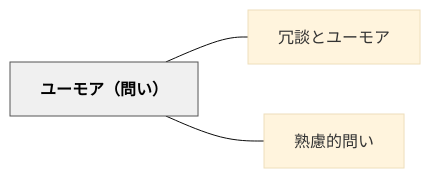
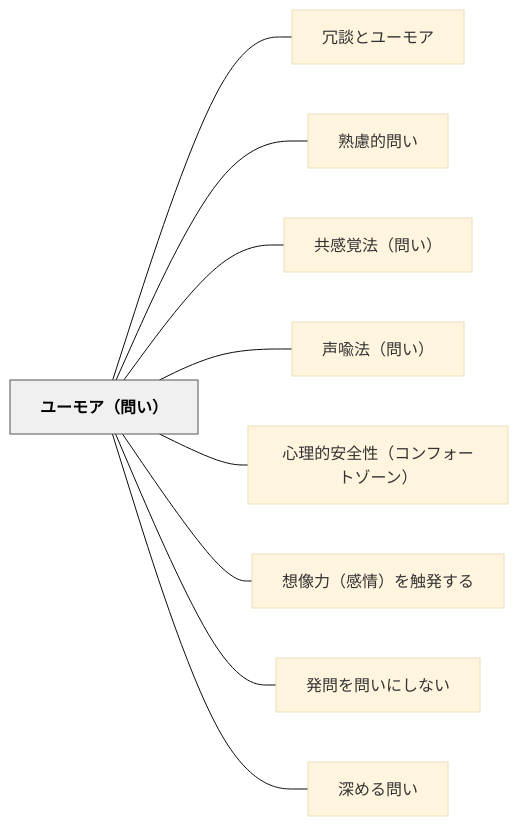
One commit to unknownthings-ed-patterns/unknownthings-ed-patterns changed the diagram in content/パタン/ユーモア（問い）.md. Above: the diagram before and after it, drawn with Mermaid (base theme). The commit also changed other lines of this file and 44 other files, not shown here.

````diff
--- a/content/パタン/ユーモア（問い）.md
+++ b/content/パタン/ユーモア（問い）.md
@@ -45,12 +50,24 @@
 ```mermaid
 flowchart LR
     ne383a6e383bce383a2e382a2efbc88e5958fe38184efbc89["ユーモア（問い）"]
     ne58697e8ab87e381a8e383a6e383bce383a2e382a2["冗談とユーモア"]
     ne7869fe685aee79a84e5958fe38184["熟慮的問い"]
+    ne585b1e6849fe8a69ae6b395efbc88e5958fe38184efbc89["共感覚法（問い）"]
+    ne5a3b0e596a9e6b395efbc88e5958fe38184efbc89["声喩法（問い）"]
+    ne5bf83e79086e79a84e5ae89e585a8e680a7efbc88e382b3e383b3e38395e382a9e383bce38388e382bee383bce383b3efbc89["心理的安全性（コンフォートゾーン）"]
+    ne683b3e5838fe58a9befbc88e6849fe68385efbc89e38292e8a7a6e799bae38199e3828b["想像力（感情）を触発する"]
+    ne799bae5958fe38292e5958fe38184e381abe38197e381aae38184["発問を問いにしない"]
+    ne6b7b1e38281e3828be5958fe38184["深める問い"]
 
     ne383a6e383bce383a2e382a2efbc88e5958fe38184efbc89 --- ne58697e8ab87e381a8e383a6e383bce383a2e382a2
     ne383a6e383bce383a2e382a2efbc88e5958fe38184efbc89 --- ne7869fe685aee79a84e5958fe38184
+    ne383a6e383bce383a2e382a2efbc88e5958fe38184efbc89 --- ne585b1e6849fe8a69ae6b395efbc88e5958fe38184efbc89
+    ne383a6e383bce383a2e382a2efbc88e5958fe38184efbc89 --- ne5a3b0e596a9e6b395efbc88e5958fe38184efbc89
+    ne383a6e383bce383a2e382a2efbc88e5958fe38184efbc89 --- ne5bf83e79086e79a84e5ae89e585a8e680a7efbc88e382b3e383b3e38395e382a9e383bce38388e382bee383bce383b3efbc89
+    ne383a6e383bce383a2e382a2efbc88e5958fe38184efbc89 --- ne683b3e5838fe58a9befbc88e6849fe68385efbc89e38292e8a7a6e799bae38199e3828b
+    ne383a6e383bce383a2e382a2efbc88e5958fe38184efbc89 --- ne799bae5958fe38292e5958fe38184e381abe38197e381aae38184
+    ne383a6e383bce383a2e382a2efbc88e5958fe38184efbc89 --- ne6b7b1e38281e3828be5958fe38184
 
     classDef hub fill:#f0f0f0,stroke:#555,color:#000,font-weight:bold
     class ne383a6e383bce383a2e382a2efbc88e5958fe38184efbc89 hub
 ```
````
